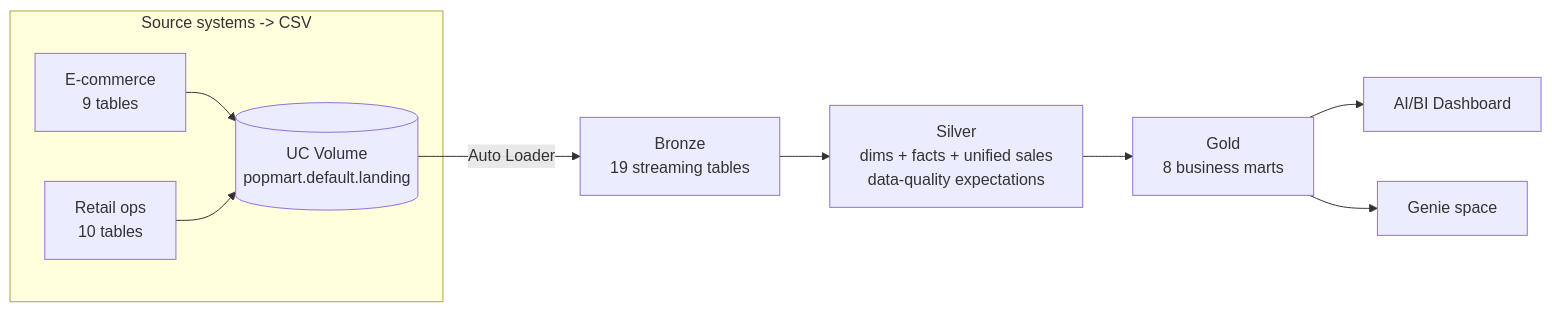
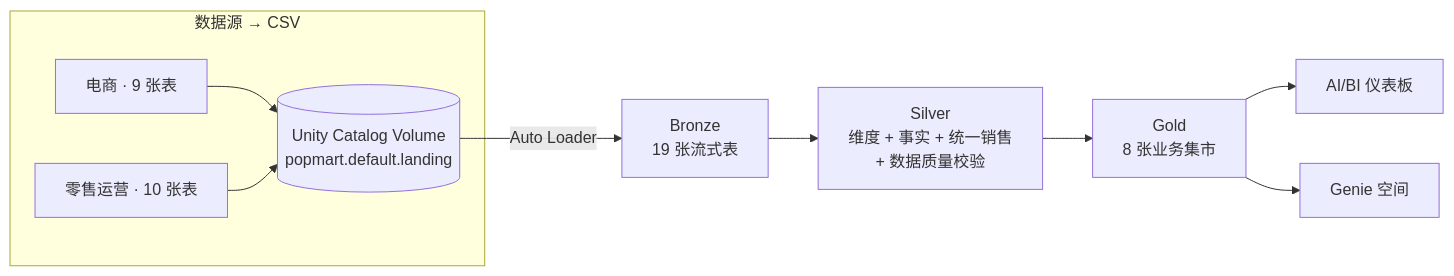
The diagram in docs/01-architecture.md (darrenwee96/popmart-demo), drawn with Mermaid before and after one commit. The commit also changed other lines of this file and 6 other files, not shown here.

````diff
--- a/docs/01-architecture.md
+++ b/docs/01-architecture.md
@@ -9,12 +8,12 @@
 ```mermaid
 flowchart LR
-  subgraph SRC[Source systems -> CSV]
-    A[E-commerce<br/>9 tables] --> V[(UC Volume<br/>popmart.default.landing)]
-    B[Retail ops<br/>10 tables] --> V
+  subgraph SRC["数据源 → CSV"]
+    A["电商 · 9 张表"] --> V[("Unity Catalog Volume<br/>popmart.default.landing")]
+    B["零售运营 · 10 张表"] --> V
   end
-  V -->|Auto Loader| BR[Bronze<br/>19 streaming tables]
-  BR --> SV[Silver<br/>dims + facts + unified sales<br/>data-quality expectations]
-  SV --> GO[Gold<br/>8 business marts]
-  GO --> DSH[AI/BI Dashboard]
-  GO --> GEN[Genie space]
+  V -->|"Auto Loader"| BR["Bronze<br/>19 张流式表"]
+  BR --> SV["Silver<br/>维度 + 事实 + 统一销售<br/>+ 数据质量校验"]
+  SV --> GO["Gold<br/>8 张业务集市"]
+  GO --> DSH["AI/BI 仪表板"]
+  GO --> GEN["Genie 空间"]
 ```
````
